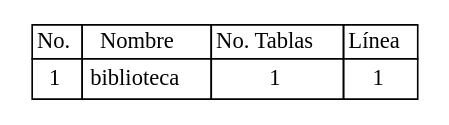
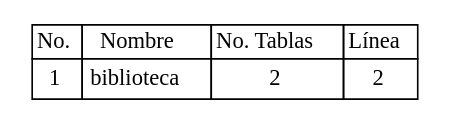
The diagram in Back/Web/tablas/tablaBD.dot (Jodyannre/COMPI2_proyecto1_2022), drawn with Graphviz before and after one commit. The commit also changed 12 other files, not shown here.

```diff
--- a/Back/Web/tablas/tablaBD.dot
+++ b/Back/Web/tablas/tablaBD.dot
@@ -1,27 +1,27 @@
 
 	digraph {
 		tablaSimbolos [
 		  shape=plaintext
 		  label=<
 			<table border='0' cellborder='1' color='black' cellspacing='0'>
 			  <tr>
 				  <td>No.</td>
 				  <td>Nombre</td>
 				  <td>No. Tablas</td>
 				  <td>Línea</td>
 			  </tr>
 <tr>
 <td cellpadding='4'>
 1
 </td>
 <td cellpadding='4'>biblioteca
 </td>
-<td cellpadding='4'>1
+<td cellpadding='4'>2
 </td>
-<td cellpadding='4'>1
+<td cellpadding='4'>2
 </td>
 </tr>
 
 		</table>
 		>];
 	}
```
